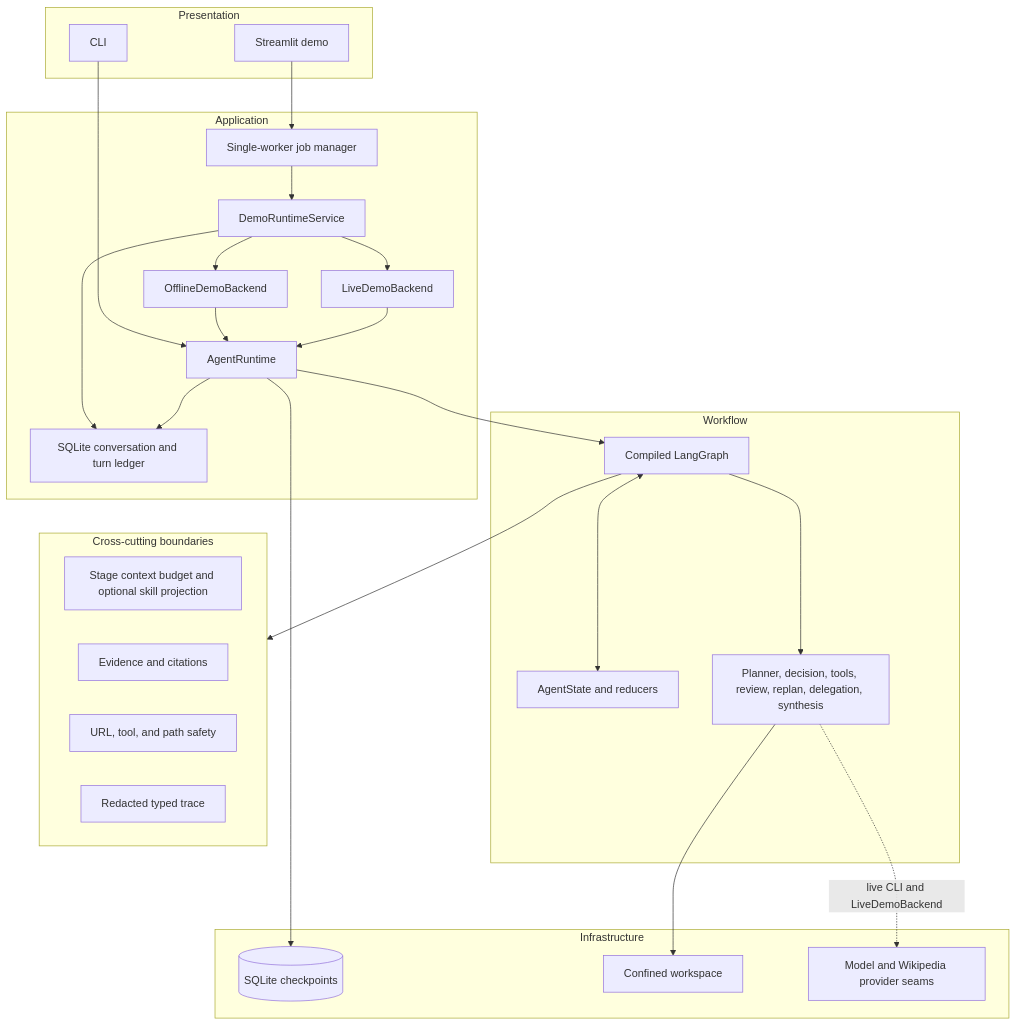
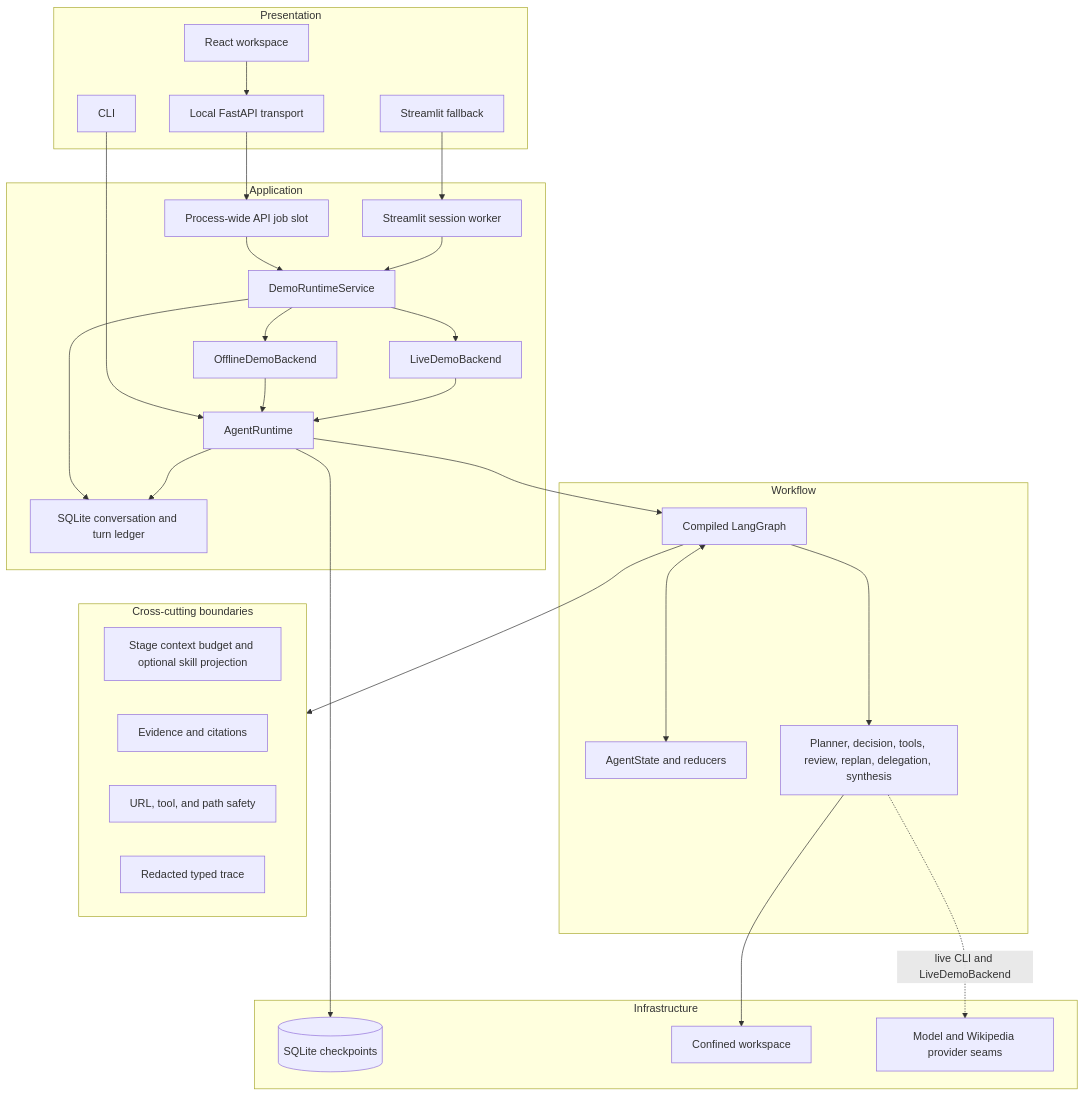
Before and after one commit to hhtuann/mini-deerflow: the first of 3 diagrams in README.md, drawn with Mermaid. The commit also changed other lines of this file and 39 other files, not shown here.

Commit message:
feat: migrate Mini DeerFlow UI to React and FastAPI

````diff
--- a/README.md
+++ b/README.md
@@ -84,44 +91,48 @@
 ```mermaid
 flowchart TB
     subgraph Presentation
         CLI[CLI]
-        UI[Streamlit demo]
+        UI[React workspace]
+        API[Local FastAPI transport]
+        Legacy[Streamlit fallback]
     end
     subgraph Application
-        Jobs[Single-worker job manager]
+        Jobs[Process-wide API job slot]
+        LegacyJobs[Streamlit session worker]
         Service[DemoRuntimeService]
         Conversation[SQLite conversation and turn ledger]
         Live[LiveDemoBackend]
         Offline[OfflineDemoBackend]
         Runtime[AgentRuntime]
     end
     subgraph Workflow
         Graph[Compiled LangGraph]
         State[AgentState and reducers]
         Components[Planner, decision, tools, review, replan, delegation, synthesis]
     end
     subgraph Infrastructure
         DB[(SQLite checkpoints)]
         Workspace[Confined workspace]
         Providers[Model and Wikipedia provider seams]
     end
     subgraph CrossCutting[Cross-cutting boundaries]
         Context[Stage context budget and optional skill projection]
         Evidence[Evidence and citations]
         Safety[URL, tool, and path safety]
         Trace[Redacted typed trace]
     end
 
     CLI --> Runtime
-    UI --> Jobs --> Service
+    UI --> API --> Jobs --> Service
+    Legacy --> LegacyJobs --> Service
     Service --> Offline --> Runtime
     Service --> Live --> Runtime
     Service --> Conversation
     Runtime --> Conversation
     Runtime --> Graph <--> State
     Graph --> Components
     Runtime --> DB
     Components --> Workspace
     Components -. live CLI and LiveDemoBackend .-> Providers
     Graph --> CrossCutting
 ```
````
